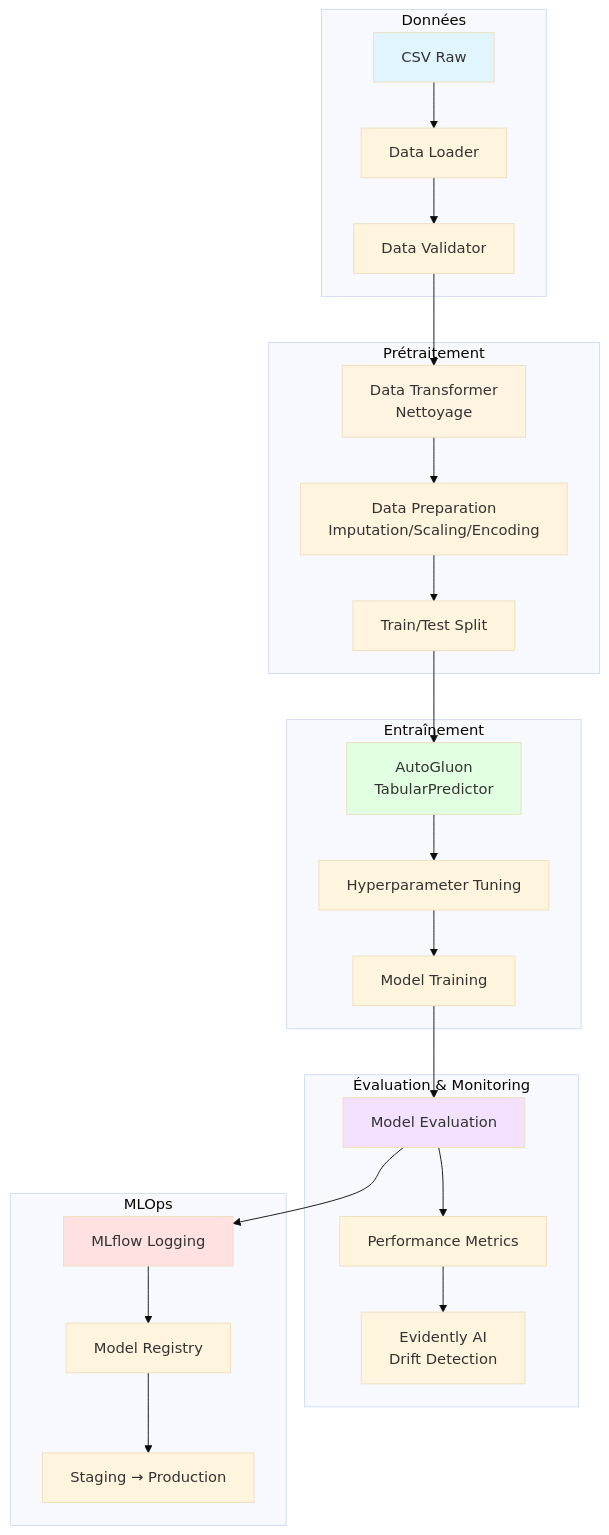
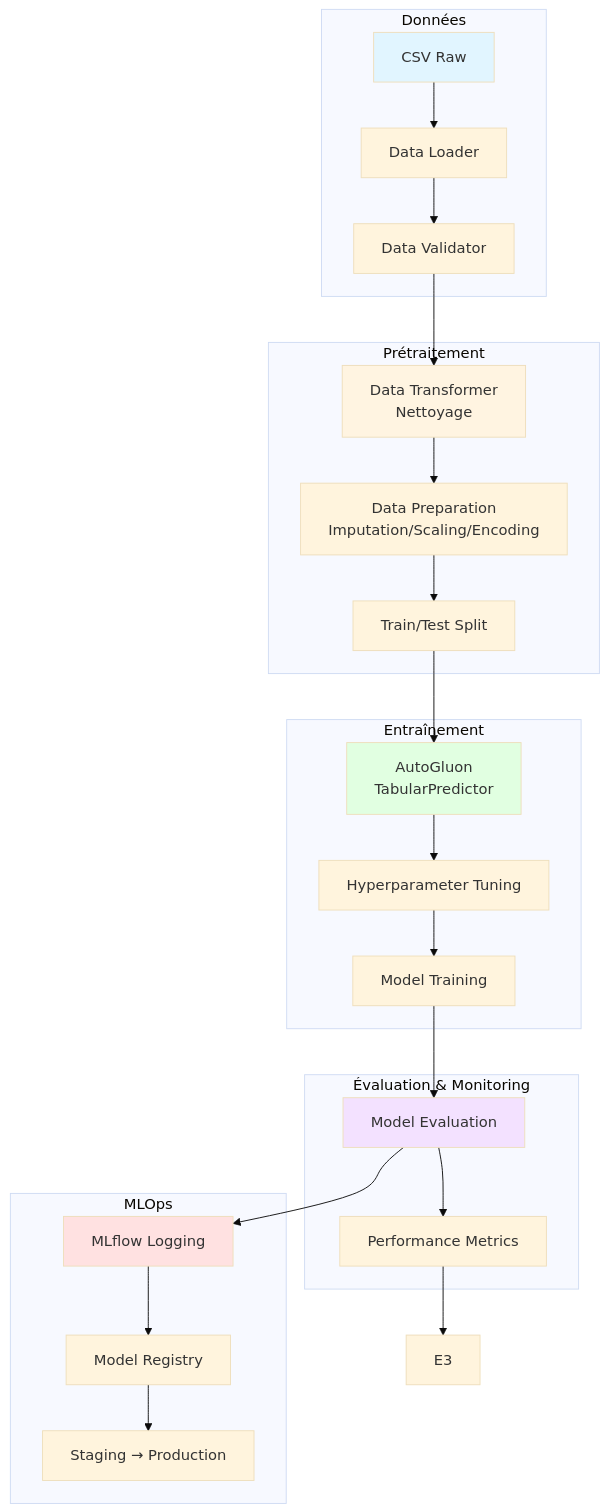
The third of 5 diagrams in Services/docsify/docs/index.md (jefraudai/jefraudai), drawn with Mermaid (base theme) before and after one commit. The commit also changed other lines of this file and 6 other files, not shown here.

````diff
--- a/Services/docsify/docs/index.md
+++ b/Services/docsify/docs/index.md
@@ -113,53 +109,52 @@
 ```mermaid
 graph TD
     subgraph "Données"
         D1[CSV Raw]
         D2[Data Loader]
         D3[Data Validator]
     end
     
     subgraph "Prétraitement"
         P1[Data Transformer<br/>Nettoyage]
         P2[Data Preparation<br/>Imputation/Scaling/Encoding]
         P3[Train/Test Split]
     end
     
     subgraph "Entraînement"
         M1[AutoGluon<br/>TabularPredictor]
         M2[Hyperparameter Tuning]
         M3[Model Training]
     end
     
     subgraph "Évaluation & Monitoring"
         E1[Model Evaluation]
         E2[Performance Metrics]
-        E3[Evidently AI<br/>Drift Detection]
     end
     
     subgraph "MLOps"
         O1[MLflow Logging]
         O2[Model Registry]
         O3[Staging → Production]
     end
     
     D1 --> D2
     D2 --> D3
     D3 --> P1
     P1 --> P2
     P2 --> P3
     P3 --> M1
     M1 --> M2
     M2 --> M3
     M3 --> E1
     E1 --> E2
     E2 --> E3
     E1 --> O1
     O1 --> O2
     O2 --> O3
     
     style D1 fill:#e1f5ff
     style P1 fill:#fff4e1
     style M1 fill:#e1ffe1
     style E1 fill:#f3e1ff
     style O1 fill:#ffe1e1
 ```
````
